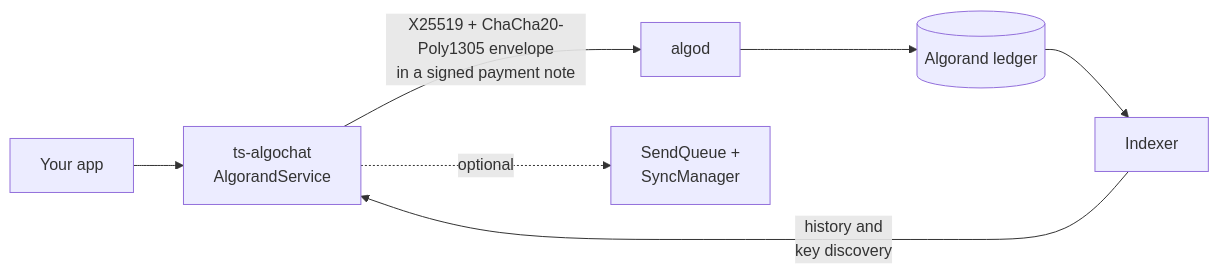
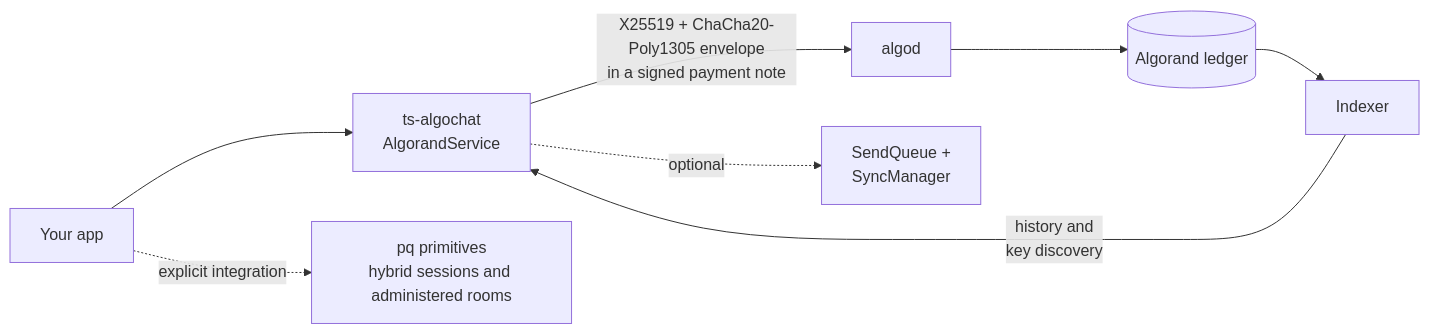
Before and after one commit to CorvidLabs/algochat: the diagram in ts/README.md, drawn with Mermaid. The commit also changed other lines of this file and 23 other files, not shown here.

First line of the commit message:
docs: clarify hybrid and administered room protocols (#25)

````diff
--- a/ts/README.md
+++ b/ts/README.md
@@ -234,10 +236,11 @@
 ```mermaid
 flowchart LR
     accTitle: Architecture overview: app, ts-algochat, algod, ledger and indexer
     app["Your app"] --> sdk["ts-algochat<br/>AlgorandService"]
     sdk -->|"X25519 + ChaCha20-Poly1305 envelope<br/>in a signed payment note"| algod["algod"]
     algod --> chain[("Algorand ledger")]
     chain --> indexer["Indexer"]
     indexer -->|"history and<br/>key discovery"| sdk
     sdk -.->|"optional"| queue["SendQueue +<br/>SyncManager"]
+    app -.->|"explicit integration"| pq["pq primitives<br/>hybrid sessions and administered rooms"]
 ```
````
